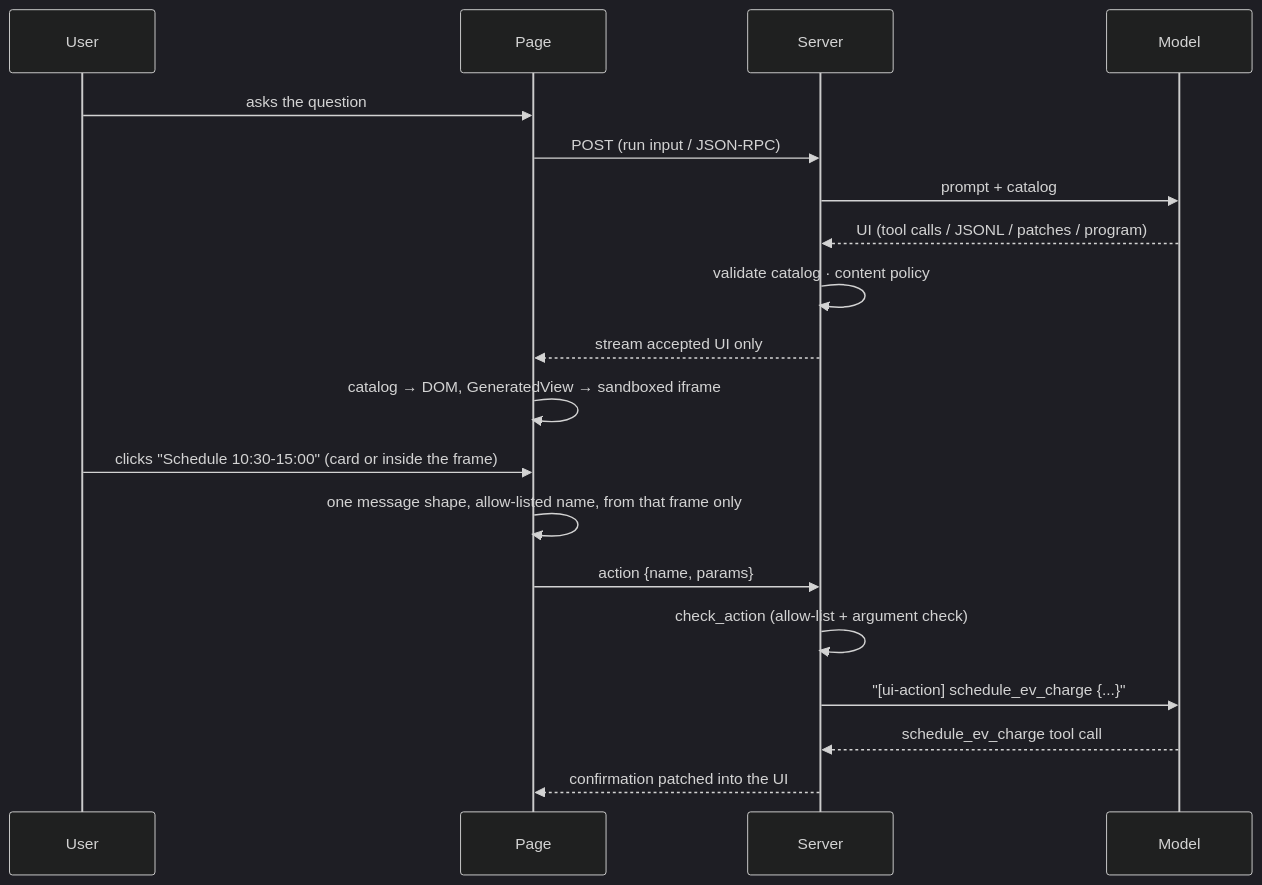
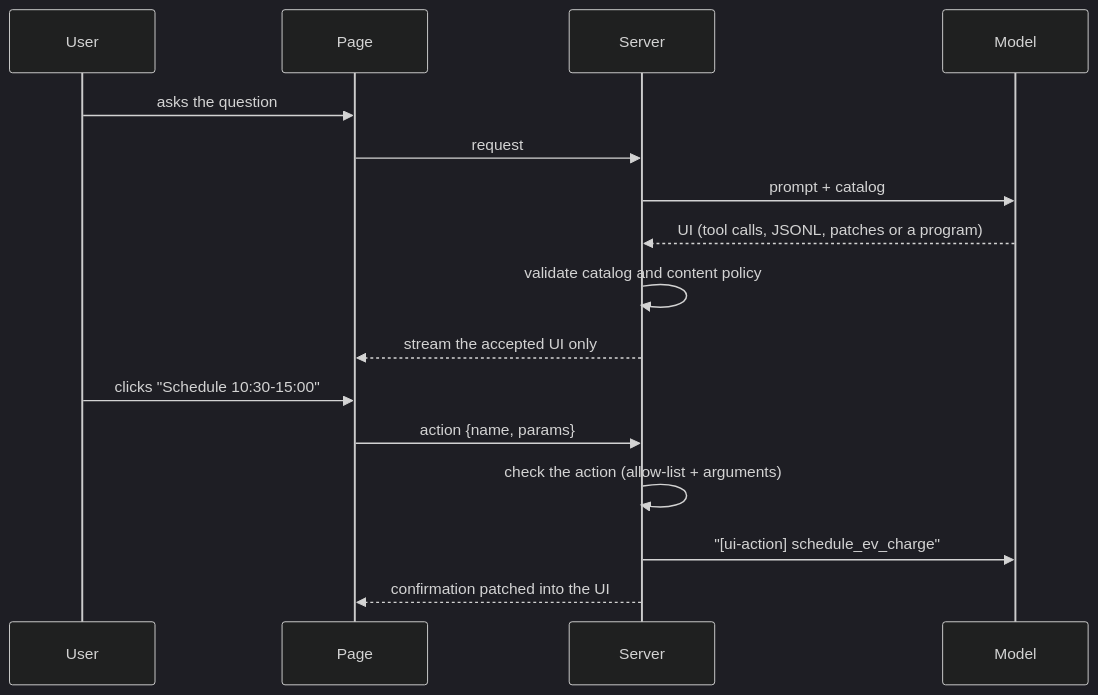
One commit to nitishsjsucs/genux-codelabs-assignment-4 changed the second of 2 diagrams in README.md. Above: the diagram before and after it, drawn with Mermaid (dark theme). The commit also changed other lines of this file and 4 other files, not shown here.

````diff
--- a/README.md
+++ b/README.md
@@ -110,21 +144,18 @@
 ```mermaid
 sequenceDiagram
     participant U as User
     participant P as Page
     participant S as Server
     participant M as Model
     U->>P: asks the question
-    P->>S: POST (run input / JSON-RPC)
+    P->>S: request
     S->>M: prompt + catalog
-    M-->>S: UI (tool calls / JSONL / patches / program)
-    S->>S: validate catalog · content policy
-    S-->>P: stream accepted UI only
-    P->>P: catalog → DOM, GeneratedView → sandboxed iframe
-    U->>P: clicks "Schedule 10:30-15:00" (card or inside the frame)
-    P->>P: one message shape, allow-listed name, from that frame only
+    M-->>S: UI (tool calls, JSONL, patches or a program)
+    S->>S: validate catalog and content policy
+    S-->>P: stream the accepted UI only
+    U->>P: clicks "Schedule 10:30-15:00"
     P->>S: action {name, params}
-    S->>S: check_action (allow-list + argument check)
-    S->>M: "[ui-action] schedule_ev_charge {...}"
-    M-->>S: schedule_ev_charge tool call
+    S->>S: check the action (allow-list + arguments)
+    S->>M: "[ui-action] schedule_ev_charge"
     S-->>P: confirmation patched into the UI
 ```
````
